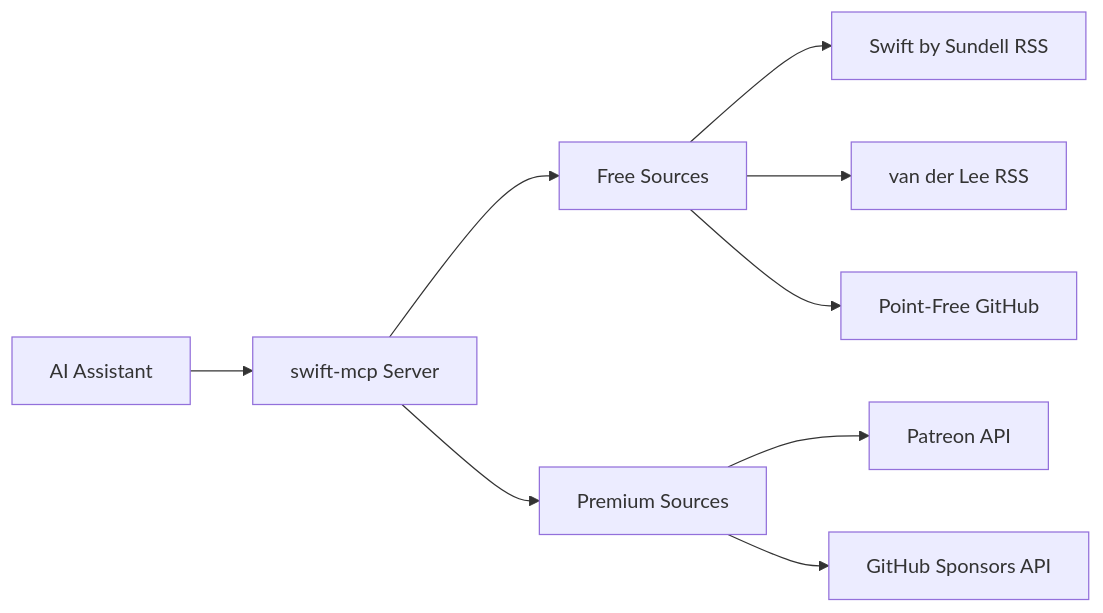
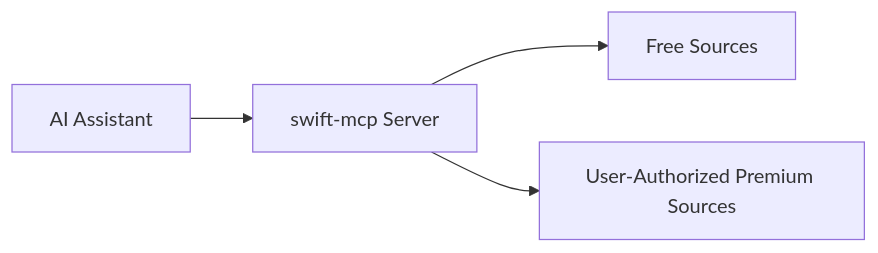
One commit to efremidze/swift-mcp changed the diagram in README.md. Above: the diagram before and after it, drawn with Mermaid. The commit also changed other lines of this file, not shown here.

````diff
--- a/README.md
+++ b/README.md
@@ -355,11 +296,6 @@
 ```mermaid
 graph LR
     A[AI Assistant] --> B[swift-mcp Server]
     B --> C[Free Sources]
-    B --> D[Premium Sources]
-    C --> E[Swift by Sundell RSS]
-    C --> F[van der Lee RSS]
-    C --> G[Point-Free GitHub]
-    D --> H[Patreon API]
-    D --> I[GitHub Sponsors API]
+    B --> D[User-Authorized Premium Sources]
 ```
````
